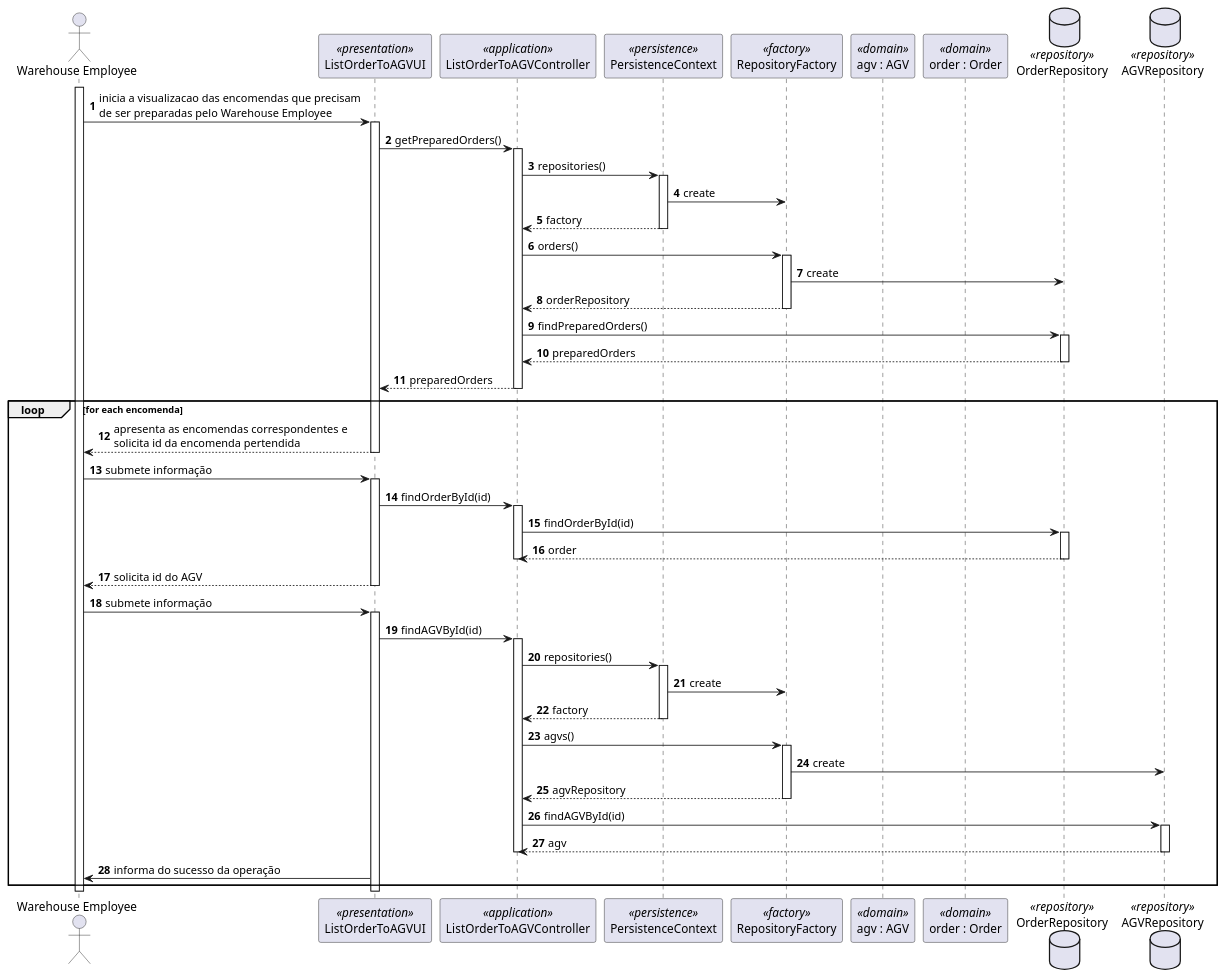
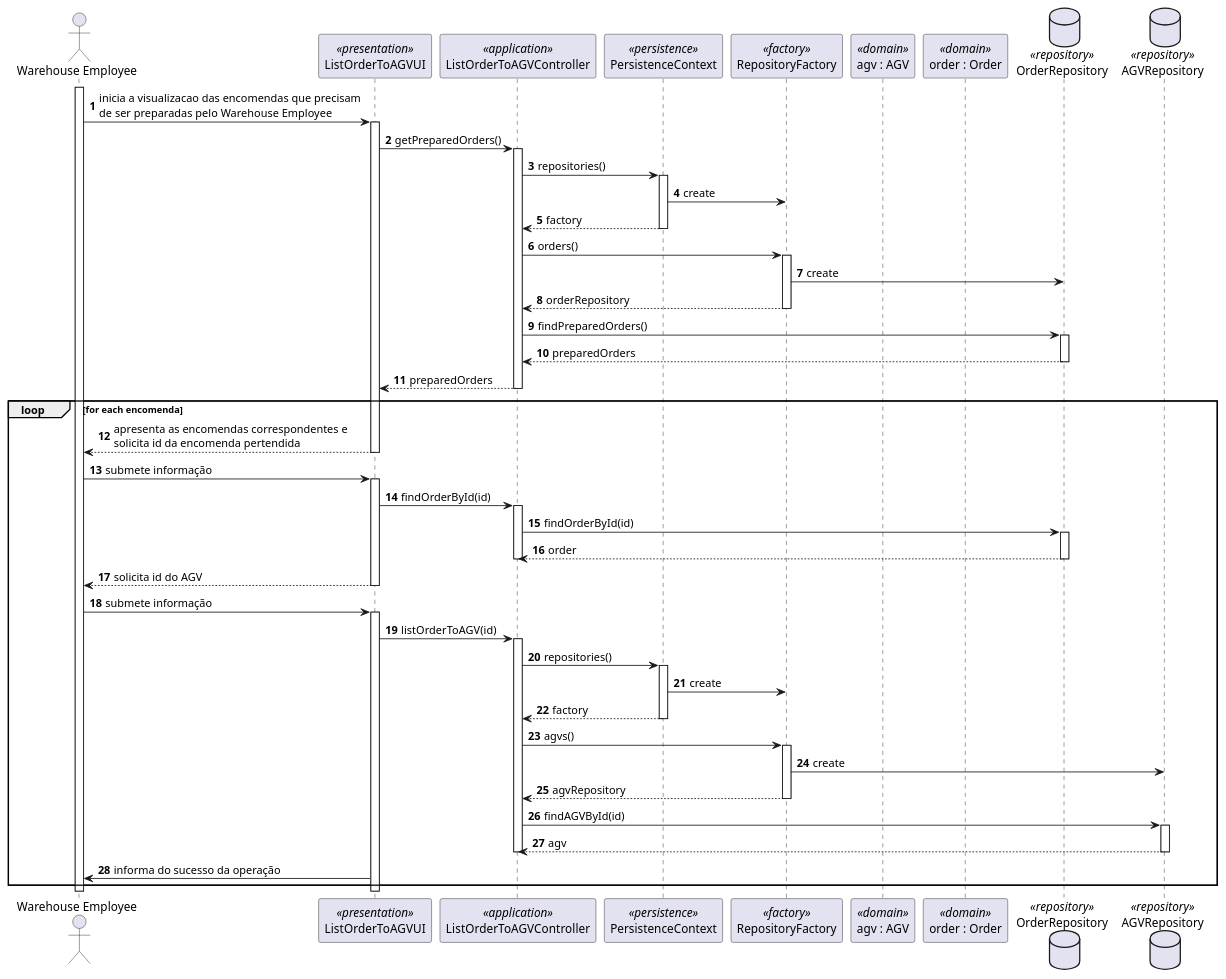
Before and after one commit to 1190772/LAB-Project-4: the diagram in Documentação/1190679/US2003/2003_SD.puml, drawn with PlantUML. The commit also changed 2 other files, not shown here.

Commit message:
#13: US2003 - Correction of the class ListOrderToAGVController as well as some minor changes regarding the USs SD

```diff
--- a/Documentação/1190679/US2003/2003_SD.puml
+++ b/Documentação/1190679/US2003/2003_SD.puml
@@ -1,74 +1,74 @@
 @startuml
 autonumber
 actor "Warehouse Employee" as WE
 participant "ListOrderToAGVUI" as UI <<presentation>>
 participant "ListOrderToAGVController" as CTRL <<application>>
 participant PersistenceContext as PER <<persistence>>
 participant "RepositoryFactory" as REPOFACT <<factory>>
 participant "agv : AGV" as AGV <<domain>>
 participant "order : Order" as ORDER <<domain>>
 database "OrderRepository" as orderREPO <<repository>>
 database "AGVRepository" as agvREPO <<repository>>
 
 
 
 activate WE
 WE -> UI : inicia a visualizacao das encomendas que precisam\nde ser preparadas pelo Warehouse Employee
 activate UI
 UI -> CTRL : getPreparedOrders()
 activate CTRL
 CTRL -> PER : repositories()
 activate PER
 PER -> REPOFACT : create
 PER --> CTRL : factory
 deactivate PER
 CTRL -> REPOFACT : orders()
 activate REPOFACT
 REPOFACT -> orderREPO : create
 REPOFACT --> CTRL : orderRepository
 deactivate REPOFACT
 CTRL -> orderREPO : findPreparedOrders()
 activate orderREPO
 orderREPO --> CTRL : preparedOrders
 deactivate orderREPO
 CTRL --> UI : preparedOrders
 deactivate CTRL
 loop for each encomenda
 UI --> WE : apresenta as encomendas correspondentes e\nsolicita id da encomenda pertendida
 deactivate UI
 WE -> UI : submete informação
 activate UI
 UI -> CTRL : findOrderById(id)
 activate CTRL
 CTRL -> orderREPO : findOrderById(id)
 activate orderREPO
 orderREPO --> CTRL : order
 deactivate orderREPO
 deactivate CTRL
 UI --> WE : solicita id do AGV
 deactivate UI
 WE -> UI : submete informação
 activate UI
-UI -> CTRL : findAGVById(id)
+UI -> CTRL : listOrderToAGV(id)
 activate CTRL
 CTRL -> PER : repositories()
 activate PER
 PER -> REPOFACT : create
 PER --> CTRL : factory
 deactivate PER
 CTRL -> REPOFACT : agvs()
 activate REPOFACT
 REPOFACT -> agvREPO : create
 REPOFACT --> CTRL : agvRepository
 deactivate REPOFACT
 CTRL -> agvREPO : findAGVById(id)
 activate agvREPO
 agvREPO --> CTRL : agv
 deactivate agvREPO
 deactivate CTRL
 UI -> WE : informa do sucesso da operação
 end
 deactivate UI
 deactivate WE
 
 @enduml
```
